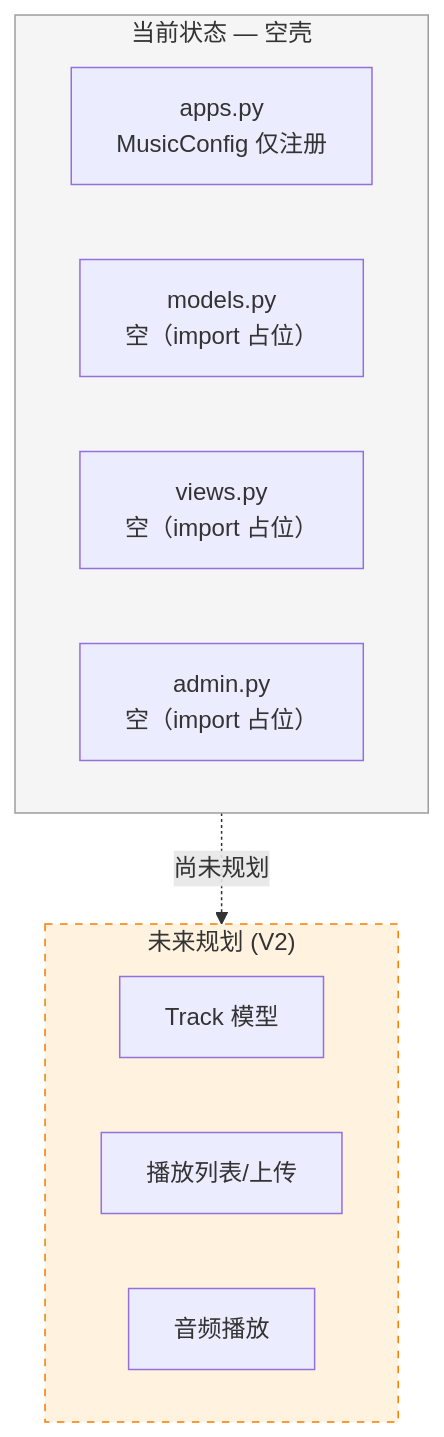
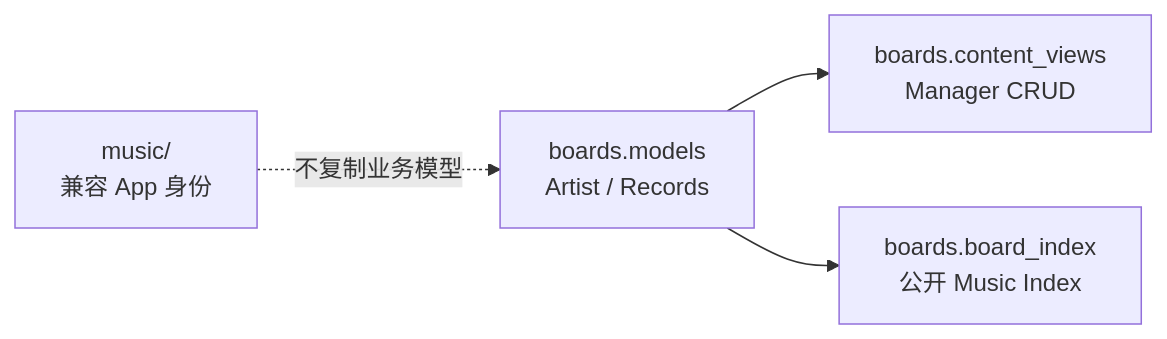
The first of 3 diagrams in music/DEVELOPMENT.md (se-veN714/PowerAdapterBlogs), drawn with Mermaid before and after one commit. The commit also changed other lines of this file and 25 other files, not shown here.

````diff
--- a/music/DEVELOPMENT.md
+++ b/music/DEVELOPMENT.md
@@ -22,20 +23,10 @@
 ```mermaid
-flowchart TD
-    subgraph current["当前状态 — 空壳"]
-        APPS["apps.py<br/>MusicConfig 仅注册"]
-        MODELS["models.py<br/>空（import 占位）"]
-        VIEWS["views.py<br/>空（import 占位）"]
-        ADMIN["admin.py<br/>空（import 占位）"]
-    end
-
-    subgraph future["未来规划 (V2)"]
-        TRACK["Track 模型"]
-        LIST["播放列表/上传"]
-        PLAYER["音频播放"]
-    end
-
-    current -.->|"尚未规划"| future
-
-    style current fill:#f5f5f5,stroke:#9e9e9e
-    style future fill:#fff3e0,stroke:#f57c00,stroke-dasharray: 5 5
+flowchart LR
+    SHELL["music/<br/>兼容 App 身份"]
+    MODEL["boards.models<br/>Artist / Records"]
+    CRUD["boards.content_views<br/>Manager CRUD"]
+    INDEX["boards.board_index<br/>公开 Music Index"]
+    MODEL --> CRUD
+    MODEL --> INDEX
+    SHELL -.->|"不复制业务模型"| MODEL
 ```
````
